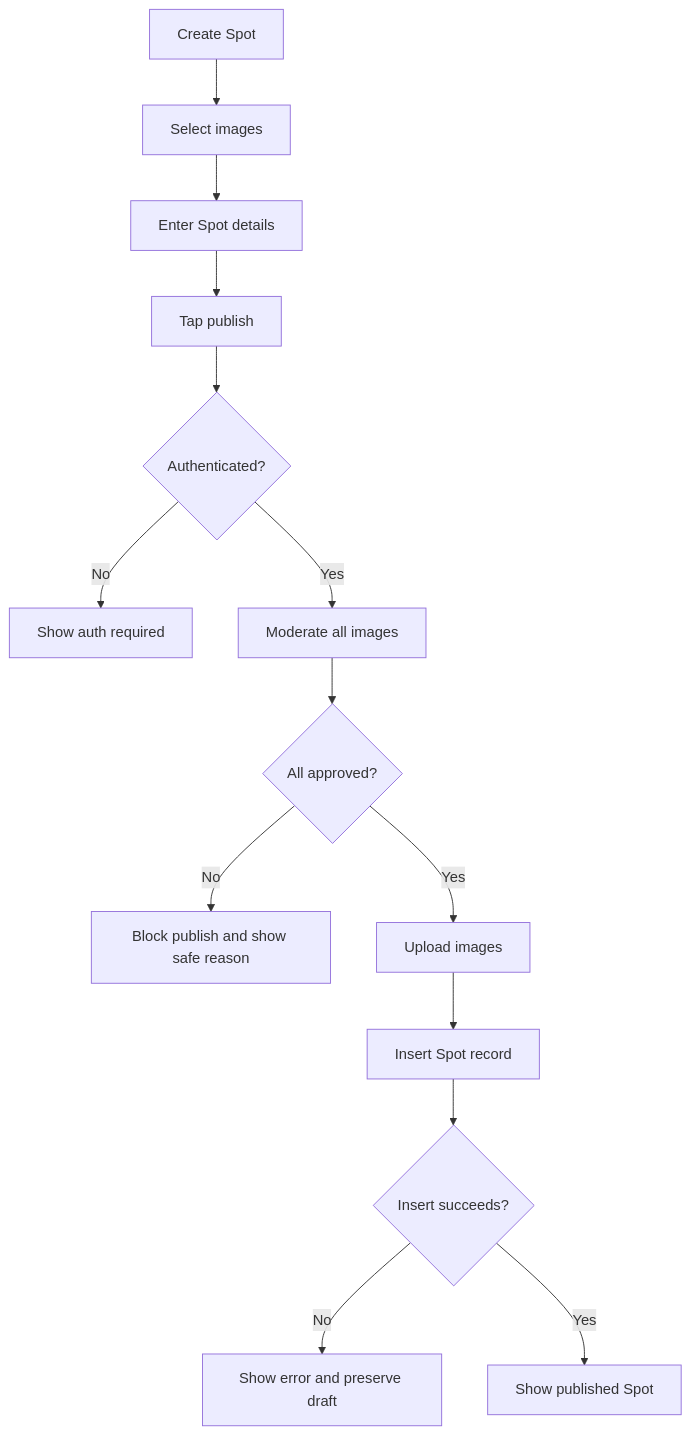
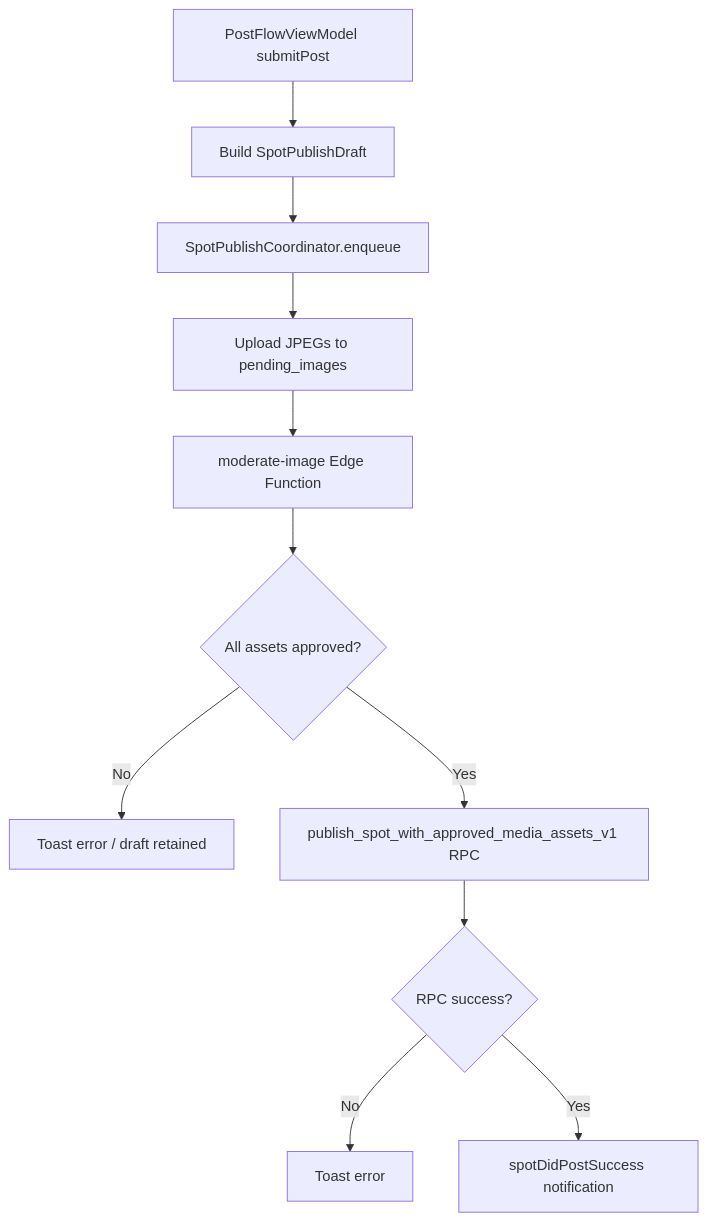
The diagram in docs/diagrams/posting-flow.md (Ewynman/spot-ios-app), drawn with Mermaid before and after one commit. The commit also changed other lines of this file and 18 other files, not shown here.

````diff
--- a/docs/diagrams/posting-flow.md
+++ b/docs/diagrams/posting-flow.md
@@ -17,16 +17,13 @@
 ```mermaid
 flowchart TD
-  A[Create Spot] --> B[Select images]
-  B --> C[Enter Spot details]
-  C --> D[Tap publish]
-  D --> E{Authenticated?}
-  E -->|No| F[Show auth required]
-  E -->|Yes| G[Moderate all images]
-  G --> H{All approved?}
-  H -->|No| I[Block publish and show safe reason]
-  H -->|Yes| J[Upload images]
-  J --> K[Insert Spot record]
-  K --> L{Insert succeeds?}
-  L -->|No| M[Show error and preserve draft]
-  L -->|Yes| N[Show published Spot]
+  A[PostFlowViewModel submitPost] --> B[Build SpotPublishDraft]
+  B --> C[SpotPublishCoordinator.enqueue]
+  C --> D[Upload JPEGs to pending_images]
+  D --> E[moderate-image Edge Function]
+  E --> F{All assets approved?}
+  F -->|No| G[Toast error / draft retained]
+  F -->|Yes| H[publish_spot_with_approved_media_assets_v1 RPC]
+  H --> I{RPC success?}
+  I -->|No| J[Toast error]
+  I -->|Yes| K[spotDidPostSuccess notification]
 ```
````
